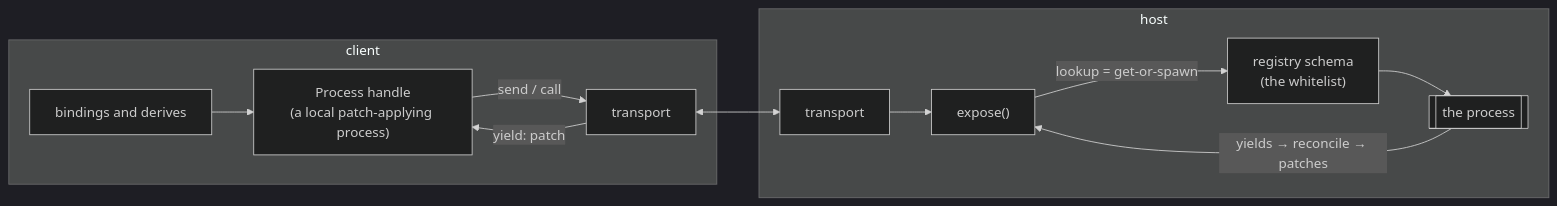
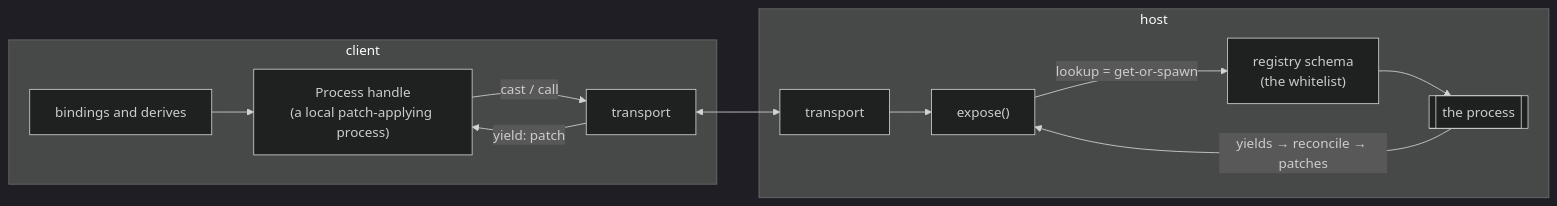
One commit to twfarland/nonchalant changed the second of 2 diagrams in docs/concepts.md. Above: the diagram before and after it, drawn with Mermaid (dark theme). The commit also changed other lines of this file and 101 other files, not shown here.

Commit message:
use erlang style call/cast naming consistently

````diff
--- a/docs/concepts.md
+++ b/docs/concepts.md
@@ -146,15 +159,15 @@
 ```mermaid
 flowchart LR
     subgraph client
         B["bindings and derives"] --> F["Process handle<br/>(a local patch-applying process)"]
-        F -->|"send / call"| T["transport"]
+        F -->|"cast / call"| T["transport"]
         T -->|"yield: patch"| F
     end
     subgraph host
         T2["transport"] --> X["expose()"]
         X -->|"lookup = get-or-spawn"| REG["registry schema<br/>(the whitelist)"]
         REG --> P[["the process"]]
         P -->|"yields → reconcile → patches"| X
     end
     T <--> T2
 ```
````
